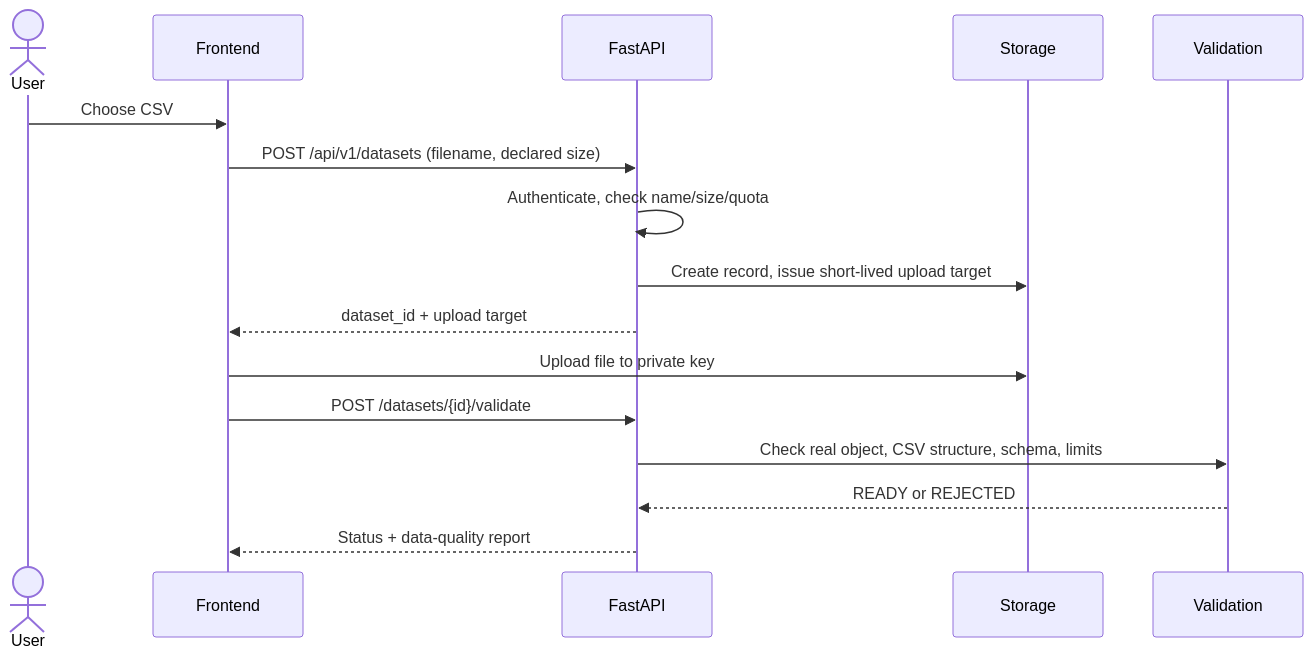
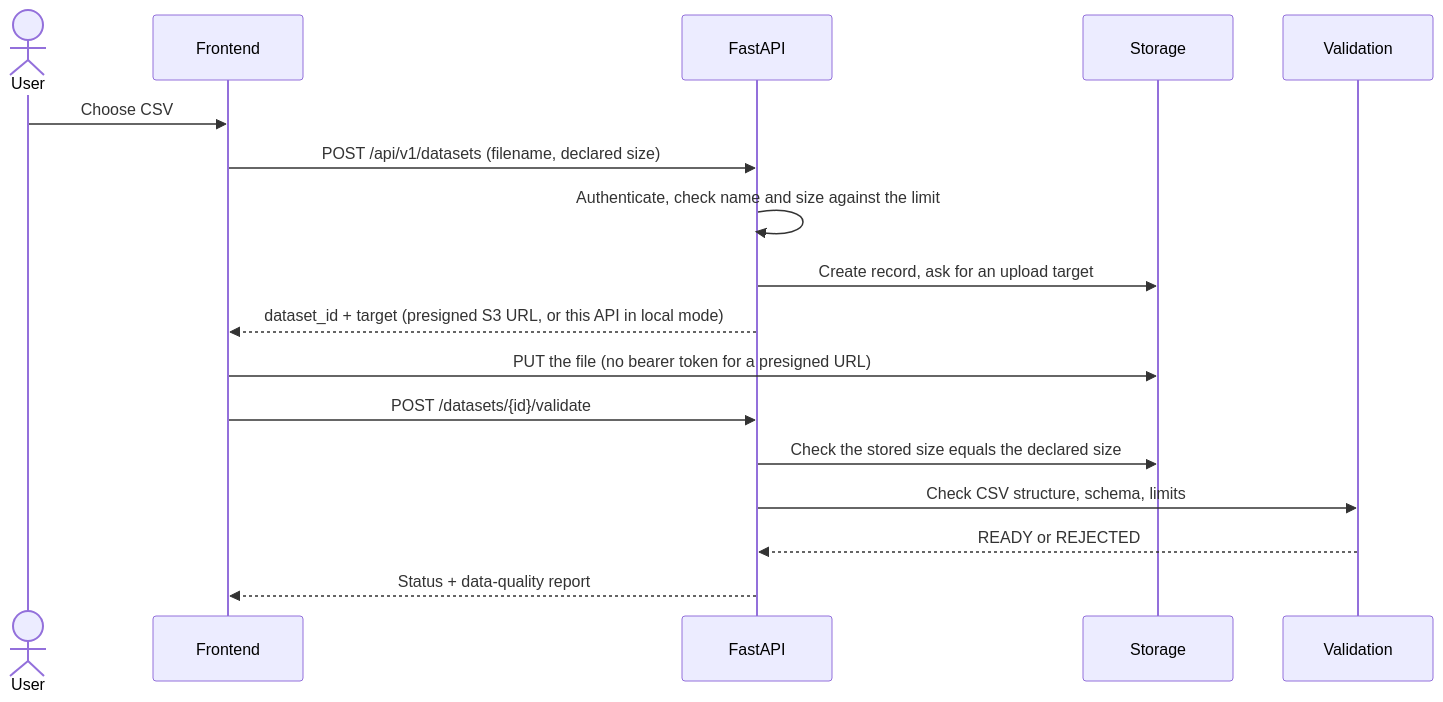
One commit to ChamathDilshanC/AutoML-Lab-Automated-Model-Training-Pipeline changed the second of 4 diagrams in docs/ARCHITECTURE.md. Above: the diagram before and after it, drawn with Mermaid. The commit also changed other lines of this file and 54 other files, not shown here.

````diff
--- a/docs/ARCHITECTURE.md
+++ b/docs/ARCHITECTURE.md
@@ -170,18 +172,19 @@
 ```mermaid
 sequenceDiagram
     actor U as User
     participant FE as Frontend
     participant API as FastAPI
     participant ST as Storage
     participant V as Validation
     U->>FE: Choose CSV
     FE->>API: POST /api/v1/datasets (filename, declared size)
-    API->>API: Authenticate, check name/size/quota
-    API->>ST: Create record, issue short-lived upload target
-    API-->>FE: dataset_id + upload target
-    FE->>ST: Upload file to private key
+    API->>API: Authenticate, check name and size against the limit
+    API->>ST: Create record, ask for an upload target
+    API-->>FE: dataset_id + target (presigned S3 URL, or this API in local mode)
+    FE->>ST: PUT the file (no bearer token for a presigned URL)
     FE->>API: POST /datasets/{id}/validate
-    API->>V: Check real object, CSV structure, schema, limits
+    API->>ST: Check the stored size equals the declared size
+    API->>V: Check CSV structure, schema, limits
     V-->>API: READY or REJECTED
     API-->>FE: Status + data-quality report
 ```
````
